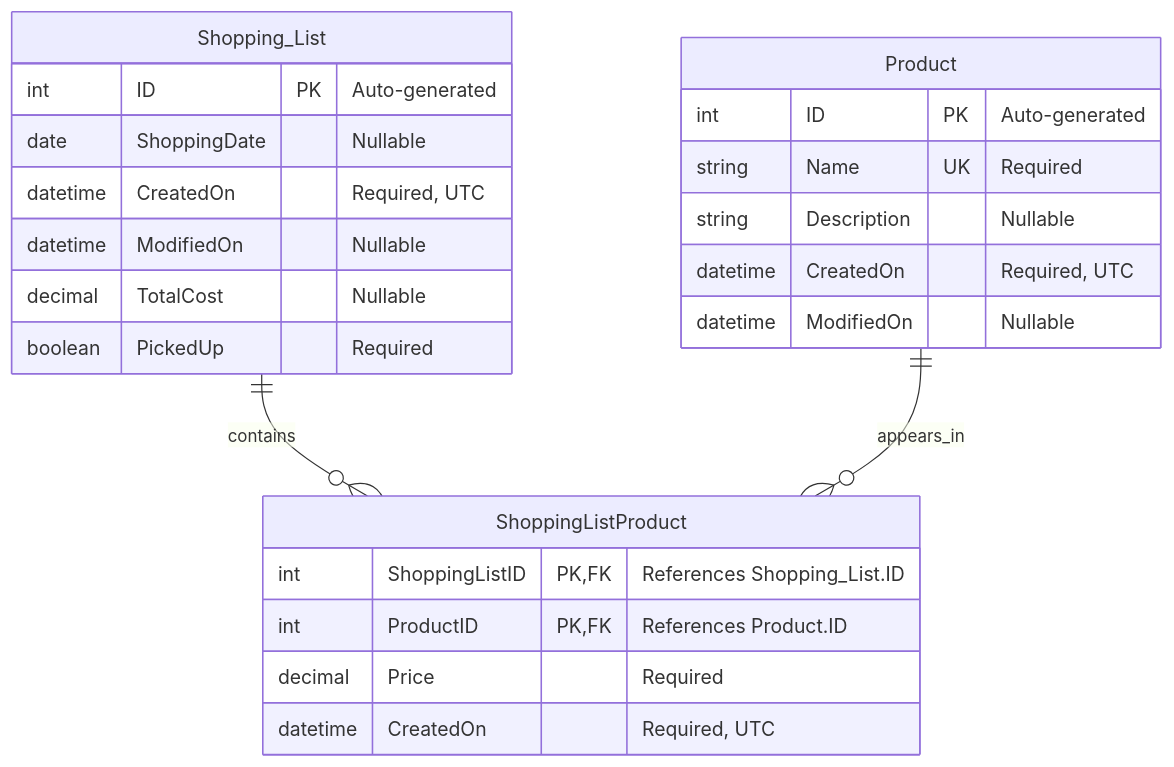
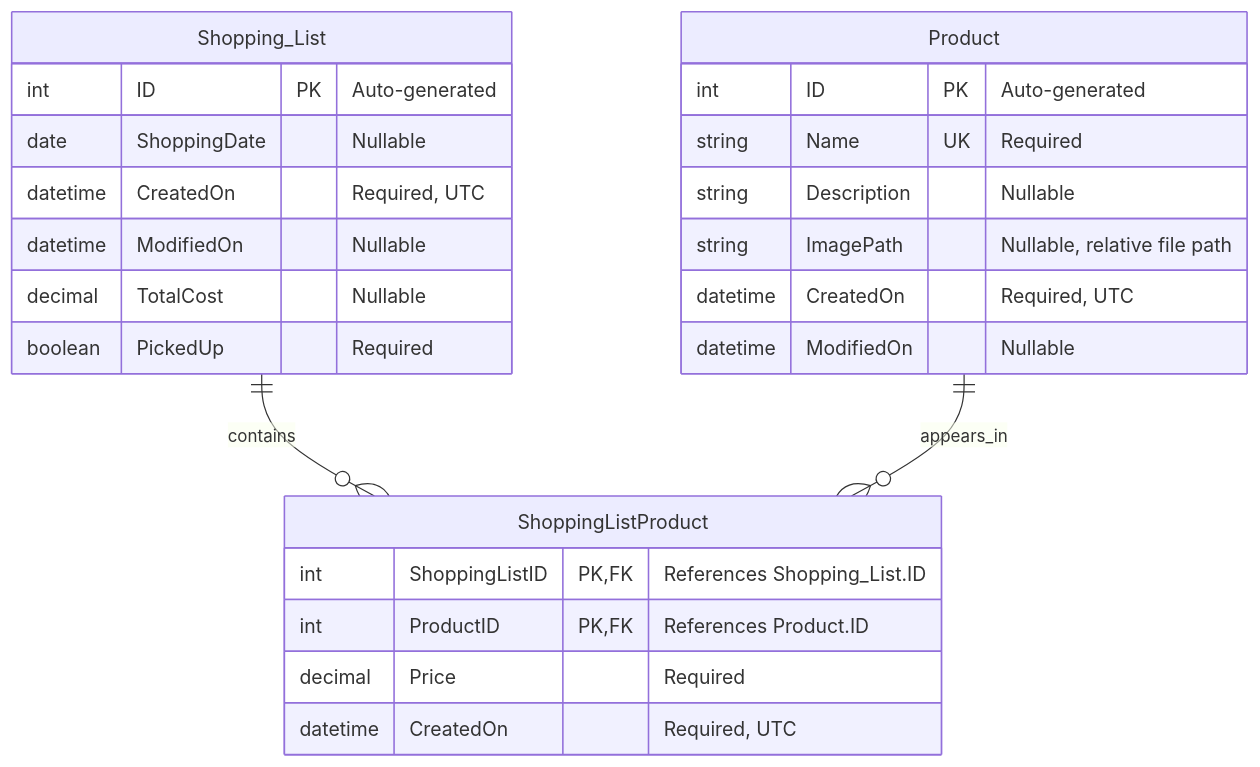
One commit to RobertPetrie/shopping-app changed the diagram in README.md. Above: the diagram before and after it, drawn with Mermaid. The commit also changed other lines of this file and 1 other file, not shown here.

Commit message:
Add optional product image path and document picture storage plan

````diff
--- a/README.md
+++ b/README.md
@@ -11,29 +11,30 @@
 ```mermaid
 erDiagram
     Shopping_List ||--o{ ShoppingListProduct : contains
     Product ||--o{ ShoppingListProduct : appears_in
 
     Product {
         int ID PK "Auto-generated"
         string Name UK "Required"
         string Description "Nullable"
+        string ImagePath "Nullable, relative file path"
         datetime CreatedOn "Required, UTC"
         datetime ModifiedOn "Nullable"
     }
 
     Shopping_List {
         int ID PK "Auto-generated"
         date ShoppingDate "Nullable"
         datetime CreatedOn "Required, UTC"
         datetime ModifiedOn "Nullable"
         decimal TotalCost "Nullable"
         boolean PickedUp "Required"
     }
 
     ShoppingListProduct {
         int ShoppingListID PK, FK "References Shopping_List.ID"
         int ProductID PK, FK "References Product.ID"
         decimal Price "Required"
         datetime CreatedOn "Required, UTC"
     }
 ```
````
